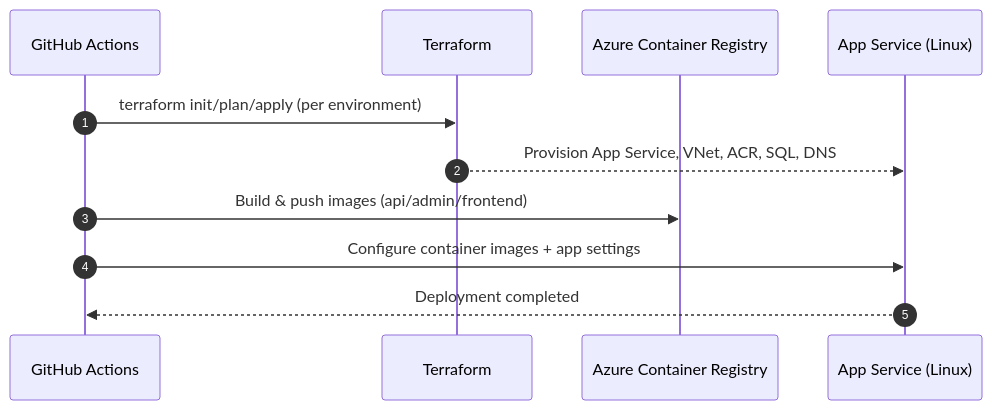
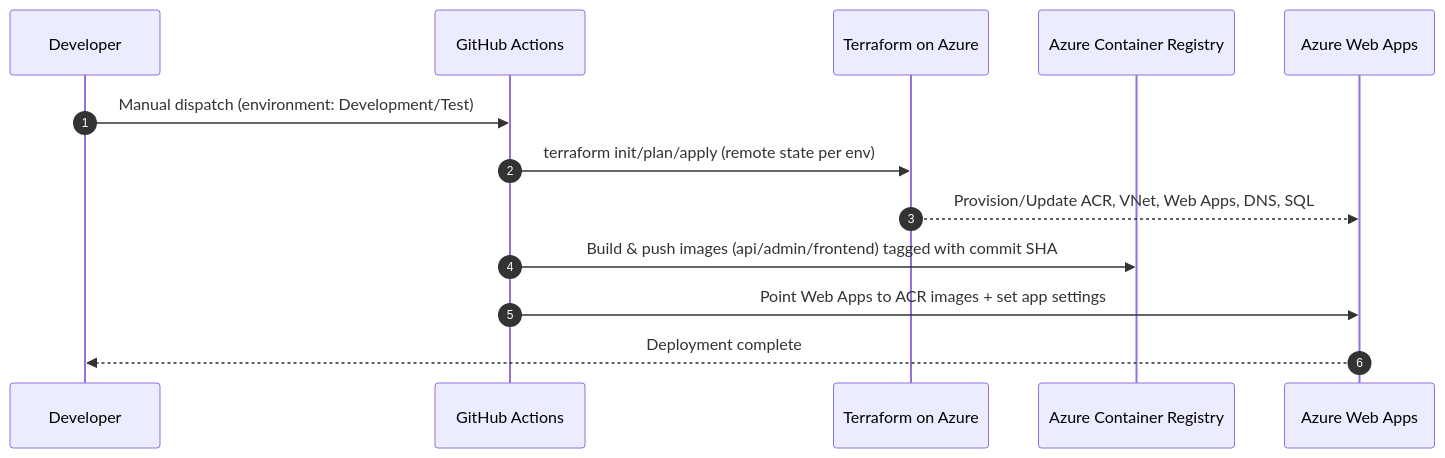
Before and after one commit to DFE-Digital/get-to-an-answer: the third of 3 diagrams in src/Infrastructure/README.md, drawn with Mermaid. The commit also changed other lines of this file, not shown here.

Commit message:
CARE-1359 Enhanced and expanded `README.md` for Infrastructure module, adding detailed scope, architecture, and CI/CD flow documentation.

````diff
--- a/src/Infrastructure/README.md
+++ b/src/Infrastructure/README.md
@@ -57,14 +93,16 @@
 ```mermaid
 sequenceDiagram
   autonumber
+  participant Dev as Developer
   participant GH as GitHub Actions
-  participant TF as Terraform
+  participant TF as Terraform on Azure
   participant ACR as Azure Container Registry
-  participant ASP as App Service (Linux)
+  participant ASP as Azure Web Apps
 
-  GH->>TF: terraform init/plan/apply (per environment)
-  TF-->>ASP: Provision App Service, VNet, ACR, SQL, DNS
-  GH->>ACR: Build & push images (api/admin/frontend)
-  GH->>ASP: Configure container images + app settings
-  ASP-->>GH: Deployment completed
+  Dev->>GH: Manual dispatch (environment: Development/Test)
+  GH->>TF: terraform init/plan/apply (remote state per env)
+  TF-->>ASP: Provision/Update ACR, VNet, Web Apps, DNS, SQL
+  GH->>ACR: Build & push images (api/admin/frontend) tagged with commit SHA
+  GH->>ASP: Point Web Apps to ACR images + set app settings
+  ASP-->>Dev: Deployment complete
 ```
````
